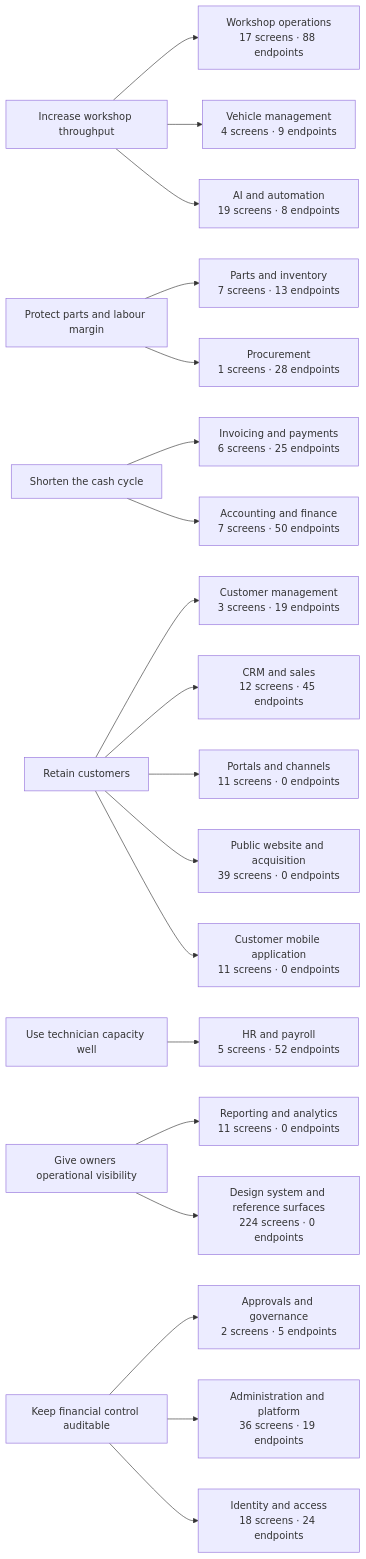
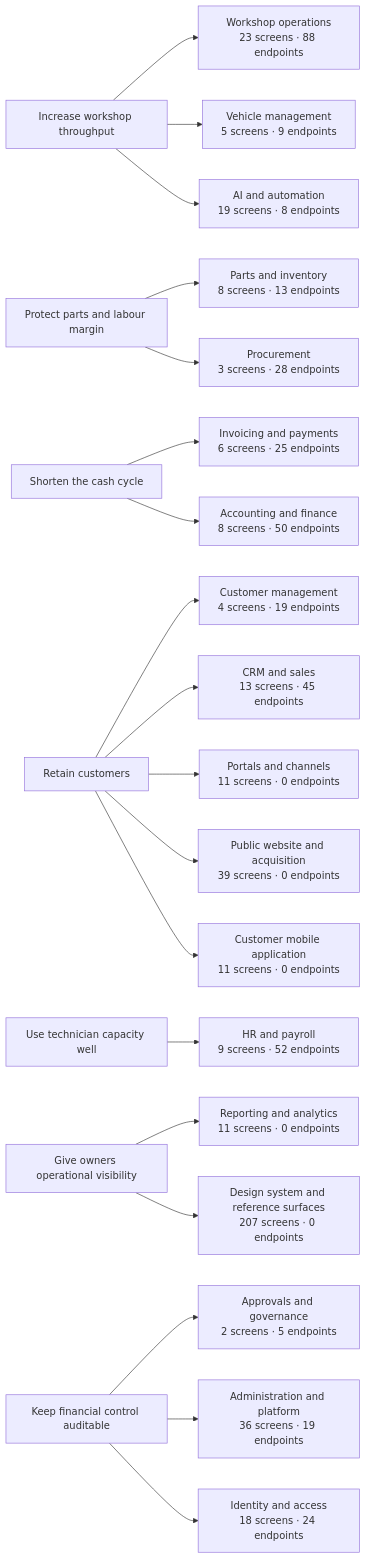
The diagram in docs/07_BUSINESS_ANALYSIS/BUSINESS_CAPABILITY_MAP.md (tazamohd/SlClNe), drawn with Mermaid before and after one commit. The commit also changed other lines of this file and 27 other files, not shown here.

````diff
--- a/docs/07_BUSINESS_ANALYSIS/BUSINESS_CAPABILITY_MAP.md
+++ b/docs/07_BUSINESS_ANALYSIS/BUSINESS_CAPABILITY_MAP.md
@@ -22,46 +22,46 @@
 ```mermaid
 flowchart LR
   OBJ_THROUGHPUT["Increase workshop throughput"]
   OBJ_MARGIN["Protect parts and labour margin"]
   OBJ_CASH["Shorten the cash cycle"]
   OBJ_RETENTION["Retain customers"]
   OBJ_CAPACITY["Use technician capacity well"]
   OBJ_VISIBILITY["Give owners operational visibility"]
   OBJ_CONTROL["Keep financial control auditable"]
-  CAP_WORKSHOP["Workshop operations<br/>17 screens · 88 endpoints"]
+  CAP_WORKSHOP["Workshop operations<br/>23 screens · 88 endpoints"]
   OBJ_THROUGHPUT --> CAP_WORKSHOP
-  CAP_CUSTOMERS["Customer management<br/>3 screens · 19 endpoints"]
+  CAP_CUSTOMERS["Customer management<br/>4 screens · 19 endpoints"]
   OBJ_RETENTION --> CAP_CUSTOMERS
-  CAP_VEHICLES["Vehicle management<br/>4 screens · 9 endpoints"]
+  CAP_VEHICLES["Vehicle management<br/>5 screens · 9 endpoints"]
   OBJ_THROUGHPUT --> CAP_VEHICLES
-  CAP_INVENTORY["Parts and inventory<br/>7 screens · 13 endpoints"]
+  CAP_INVENTORY["Parts and inventory<br/>8 screens · 13 endpoints"]
   OBJ_MARGIN --> CAP_INVENTORY
-  CAP_PROCUREMENT["Procurement<br/>1 screens · 28 endpoints"]
+  CAP_PROCUREMENT["Procurement<br/>3 screens · 28 endpoints"]
   OBJ_MARGIN --> CAP_PROCUREMENT
   CAP_BILLING["Invoicing and payments<br/>6 screens · 25 endpoints"]
   OBJ_CASH --> CAP_BILLING
-  CAP_ACCOUNTING["Accounting and finance<br/>7 screens · 50 endpoints"]
+  CAP_ACCOUNTING["Accounting and finance<br/>8 screens · 50 endpoints"]
   OBJ_CASH --> CAP_ACCOUNTING
-  CAP_HR["HR and payroll<br/>5 screens · 52 endpoints"]
+  CAP_HR["HR and payroll<br/>9 screens · 52 endpoints"]
   OBJ_CAPACITY --> CAP_HR
-  CAP_CRM["CRM and sales<br/>12 screens · 45 endpoints"]
+  CAP_CRM["CRM and sales<br/>13 screens · 45 endpoints"]
   OBJ_RETENTION --> CAP_CRM
   CAP_REPORTING["Reporting and analytics<br/>11 screens · 0 endpoints"]
   OBJ_VISIBILITY --> CAP_REPORTING
   CAP_GOVERNANCE["Approvals and governance<br/>2 screens · 5 endpoints"]
   OBJ_CONTROL --> CAP_GOVERNANCE
   CAP_PORTALS["Portals and channels<br/>11 screens · 0 endpoints"]
   OBJ_RETENTION --> CAP_PORTALS
   CAP_AI["AI and automation<br/>19 screens · 8 endpoints"]
   OBJ_THROUGHPUT --> CAP_AI
   CAP_PLATFORM["Administration and platform<br/>36 screens · 19 endpoints"]
   OBJ_CONTROL --> CAP_PLATFORM
   CAP_IDENTITY["Identity and access<br/>18 screens · 24 endpoints"]
   OBJ_CONTROL --> CAP_IDENTITY
   CAP_WEBSITE["Public website and acquisition<br/>39 screens · 0 endpoints"]
   OBJ_RETENTION --> CAP_WEBSITE
   CAP_CUSTOMERAPP["Customer mobile application<br/>11 screens · 0 endpoints"]
   OBJ_RETENTION --> CAP_CUSTOMERAPP
-  CAP_DESIGNSYSTEM["Design system and reference surfaces<br/>224 screens · 0 endpoints"]
+  CAP_DESIGNSYSTEM["Design system and reference surfaces<br/>207 screens · 0 endpoints"]
   OBJ_VISIBILITY --> CAP_DESIGNSYSTEM
 ```
````
